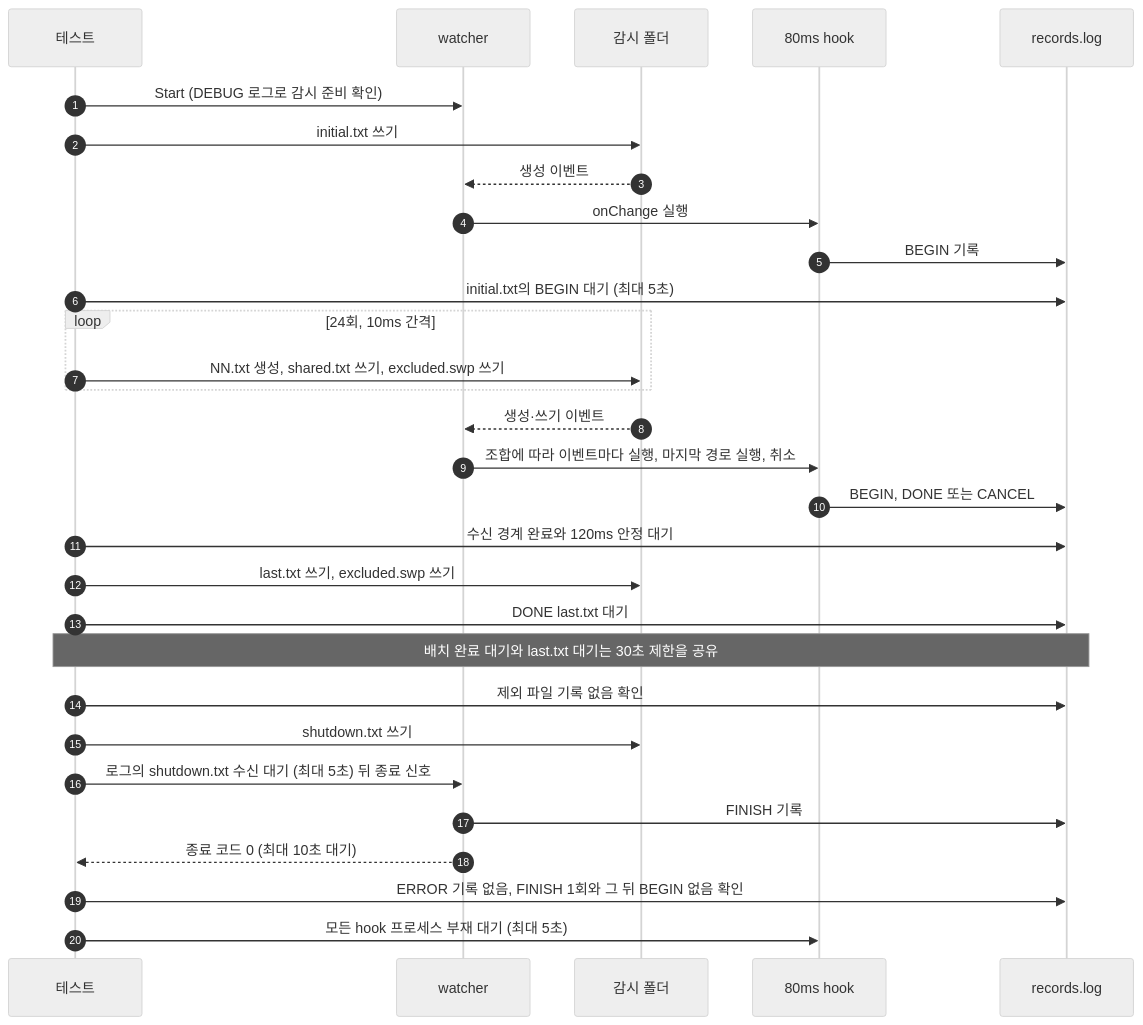
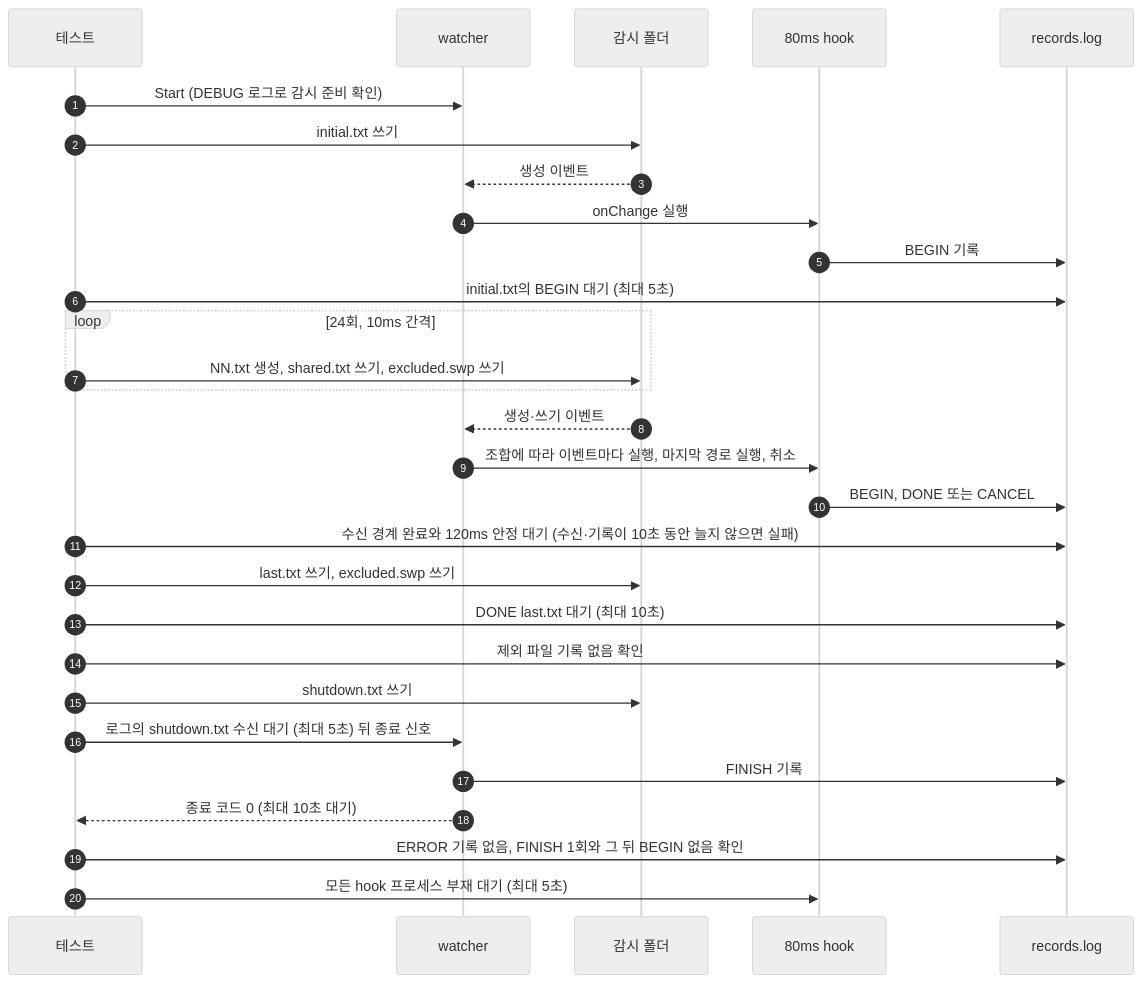
The diagram in e2e/docs/scenarios/fast-inflow-slow-hook.ko.md (seungyeop-lee/directory-watcher), drawn with Mermaid (neutral theme) before and after one commit. The commit also changed other lines of this file and 17 other files, not shown here.

````diff
--- a/e2e/docs/scenarios/fast-inflow-slow-hook.ko.md
+++ b/e2e/docs/scenarios/fast-inflow-slow-hook.ko.md
@@ -37,32 +38,31 @@
 ```mermaid
 sequenceDiagram
     autonumber
     participant testCode as 테스트
     participant watcherProc as watcher
     participant watchDir as 감시 폴더
     participant slowHook as 80ms hook
     participant recordFile as records.log
     testCode->>watcherProc: Start (DEBUG 로그로 감시 준비 확인)
     testCode->>watchDir: initial.txt 쓰기
     watchDir-->>watcherProc: 생성 이벤트
     watcherProc->>slowHook: onChange 실행
     slowHook->>recordFile: BEGIN 기록
     testCode->>recordFile: initial.txt의 BEGIN 대기 (최대 5초)
     loop 24회, 10ms 간격
         testCode->>watchDir: NN.txt 생성, shared.txt 쓰기, excluded.swp 쓰기
     end
     watchDir-->>watcherProc: 생성·쓰기 이벤트
     watcherProc->>slowHook: 조합에 따라 이벤트마다 실행, 마지막 경로 실행, 취소
     slowHook->>recordFile: BEGIN, DONE 또는 CANCEL
-    testCode->>recordFile: 수신 경계 완료와 120ms 안정 대기
+    testCode->>recordFile: 수신 경계 완료와 120ms 안정 대기 (수신·기록이 10초 동안 늘지 않으면 실패)
     testCode->>watchDir: last.txt 쓰기, excluded.swp 쓰기
-    testCode->>recordFile: DONE last.txt 대기
-    Note over testCode,recordFile: 배치 완료 대기와 last.txt 대기는 30초 제한을 공유
+    testCode->>recordFile: DONE last.txt 대기 (최대 10초)
     testCode->>recordFile: 제외 파일 기록 없음 확인
     testCode->>watchDir: shutdown.txt 쓰기
     testCode->>watcherProc: 로그의 shutdown.txt 수신 대기 (최대 5초) 뒤 종료 신호
     watcherProc->>recordFile: FINISH 기록
     watcherProc-->>testCode: 종료 코드 0 (최대 10초 대기)
     testCode->>recordFile: ERROR 기록 없음, FINISH 1회와 그 뒤 BEGIN 없음 확인
     testCode->>slowHook: 모든 hook 프로세스 부재 대기 (최대 5초)
 ```
````
